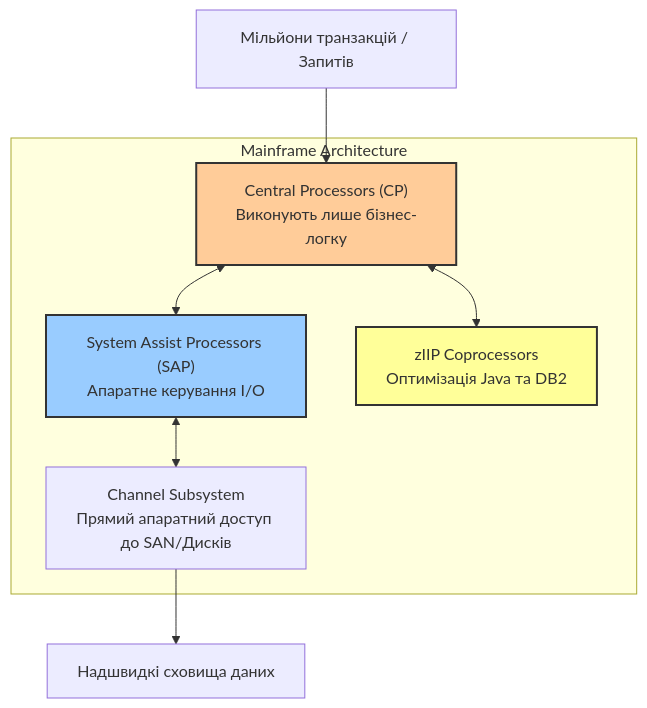
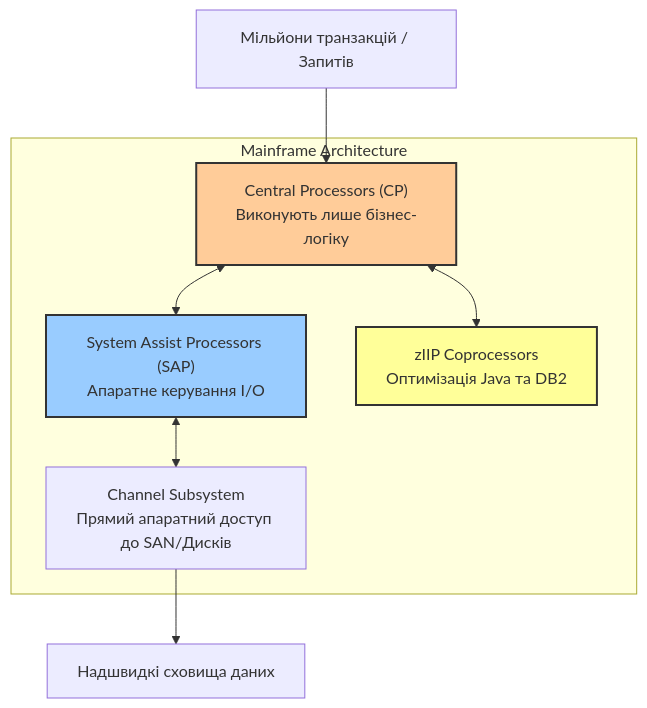
Before and after one commit to vplanto/cloud_grid: the third of 3 diagrams in docs/01_flynn_taxonomy.md, drawn with Mermaid. The commit also changed other lines of this file and 6 other files, not shown here.

````diff
--- a/docs/01_flynn_taxonomy.md
+++ b/docs/01_flynn_taxonomy.md
@@ -153,16 +153,16 @@
 ```mermaid
 graph TD
-    User["Мільйони транзакцій / Запитів"] --> CP["Central Processors (CP)<br>Виконують лише бізнес-логку"]
+    User["Мільйони транзакцій / Запитів"] --> CP["Central Processors (CP)<br>Виконують лише бізнес-логіку"]
     
     subgraph Mainframe Architecture
         CP <--> SAP["System Assist Processors (SAP)<br>Апаратне керування I/O"]
         CP <--> zIIP["zIIP Coprocessors<br>Оптимізація Java та DB2"]
         SAP <--> Channels["Channel Subsystem<br>Прямий апаратний доступ до SAN/Дисків"]
     end
     
     Channels --> Storage["Надшвидкі сховища даних"]
     
     style CP fill:#ffcc99,stroke:#333,stroke-width:2px
     style SAP fill:#99ccff,stroke:#333,stroke-width:2px
     style zIIP fill:#ffff99,stroke:#333,stroke-width:2px
 ```
````
